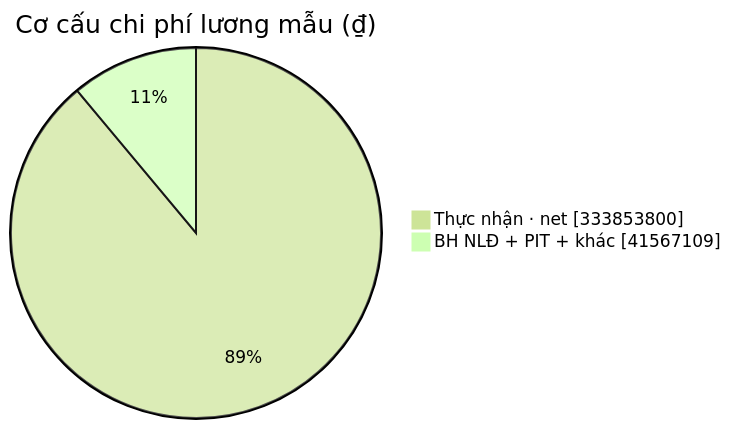
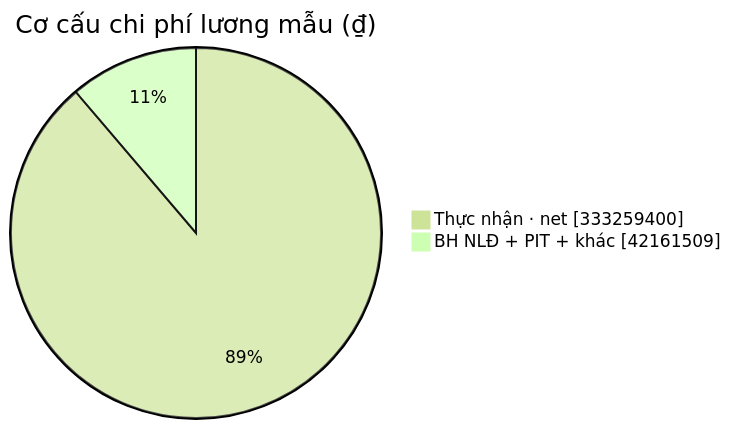
One commit to sycu8/hr-management-platform changed the fourth of 9 diagrams in README.md. Above: the diagram before and after it, drawn with Mermaid (forest theme). The commit also changed other lines of this file and 9 other files, not shown here.

````diff
--- a/README.md
+++ b/README.md
@@ -148,6 +148,6 @@
 ```mermaid
 pie showData
   title Cơ cấu chi phí lương mẫu (₫)
-  "Thực nhận · net" : 333853800
-  "BH NLĐ + PIT + khác" : 41567109
+  "Thực nhận · net" : 333259400
+  "BH NLĐ + PIT + khác" : 42161509
 ```
````
